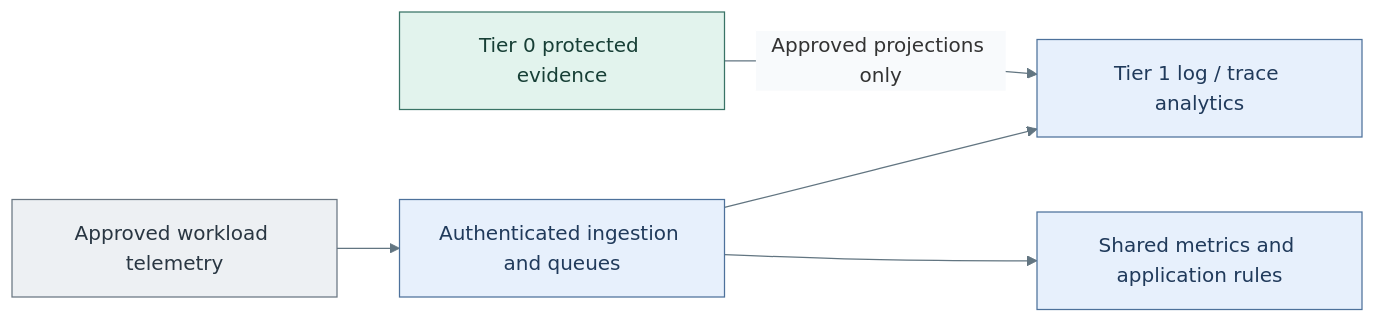
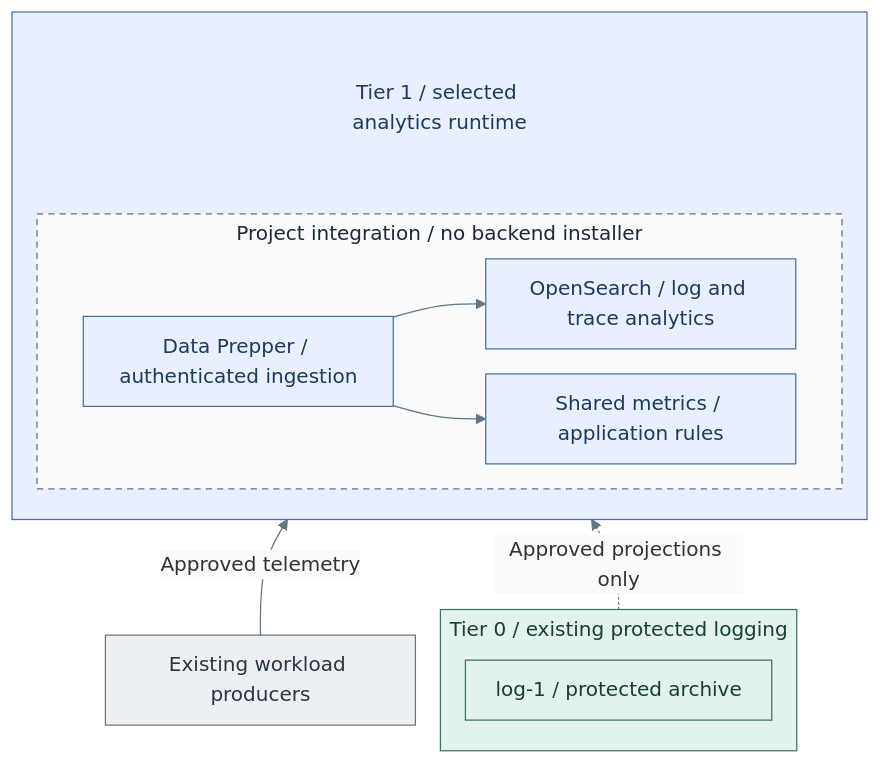
One commit to Rexus/homelab changed the second of 3 diagrams in docs/deployment/stage-5-delivery/analytics.md. Above: the diagram before and after it, drawn with Mermaid. The commit also changed other lines of this file and 60 other files, not shown here.

Commit message:
docs(diagrams): align architecture and deployment views with IaC

````diff
--- a/docs/deployment/stage-5-delivery/analytics.md
+++ b/docs/deployment/stage-5-delivery/analytics.md
@@ -43,15 +54,33 @@
 ```mermaid
-%%{init: {"theme":"base","themeVariables":{"lineColor":"#627581","edgeLabelBackground":"#f8fafc"}}}%%
-flowchart LR
-  Evidence["Tier 0 protected evidence"] -->|Approved projections only| Logs["Tier 1 log / trace analytics"]
-  Workloads["Approved workload telemetry"] --> Ingest["Authenticated ingestion and queues"]
-  Ingest --> Logs
-  Ingest --> Metrics["Shared metrics and application rules"]
+%%{init: {"theme":"base","flowchart":{"nodeSpacing":20,"rankSpacing":24,"padding":12,"subGraphTitleMargin":{"top":4,"bottom":12}},"themeVariables":{"lineColor":"#627581","edgeLabelBackground":"#f8fafc"}}}%%
+flowchart BT
+  Workloads["Existing workload producers"]
+  subgraph T1[" "]
+    direction TB
+    T1Title["Tier 1 / selected analytics runtime"]
+    subgraph Project["Project integration / no backend installer"]
+      Ingest["Data Prepper / authenticated ingestion"]
+      Logs["OpenSearch / log and trace analytics"]
+      Metrics["Shared metrics / application rules"]
+      Ingest --> Logs
+      Ingest --> Metrics
+    end
+    T1Title ~~~ Project
+  end
+  subgraph T0["Tier 0 / existing protected logging"]
+    Evidence["log-1 / protected archive"]
+  end
+  Workloads -->|Approved telemetry| T1
+  T0 -. Approved projections only .-> T1
   classDef default fill:#f8fafc,stroke:#64748b,color:#1f2937
   classDef control fill:#e2f3ed,stroke:#397366,color:#173f36
   classDef services fill:#e7f0fc,stroke:#4d719b,color:#203a5b
+  classDef servicesHeading fill:#e7f0fc,stroke:#e7f0fc,color:#203a5b
   classDef actor fill:#edf0f3,stroke:#697682,color:#293642
-  class Evidence control
-  class Logs,Ingest,Metrics services
+  classDef replicas fill:#f8fafc,stroke:#64748b,color:#1f2937,stroke-dasharray:5 4
+  class T0,Evidence control
+  class T1,Logs,Ingest,Metrics services
+  class T1Title servicesHeading
   class Workloads actor
+  class Project replicas
 ```
````
